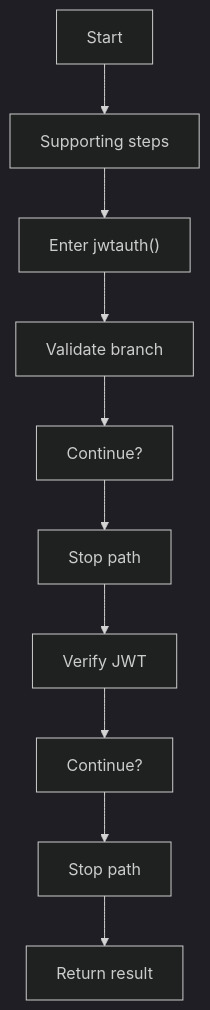
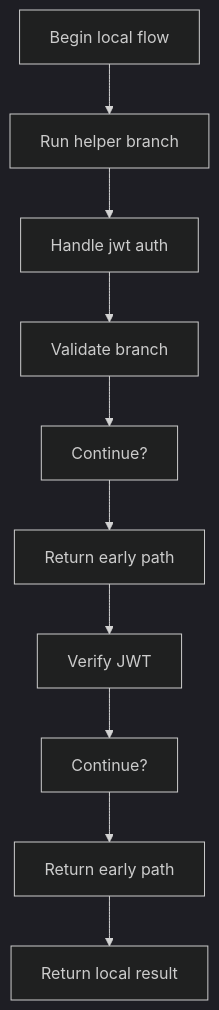
The first of 4 diagrams in docs/Codebase/Backend/src/middleware/jwtAuth.js.md (JohnAndrewBalbarosa/NeoTerritory), drawn with Mermaid (dark theme) before and after one commit. The commit also changed other lines of this file and 925 other files, not shown here.

````diff
--- a/docs/Codebase/Backend/src/middleware/jwtAuth.js.md
+++ b/docs/Codebase/Backend/src/middleware/jwtAuth.js.md
@@ -25,22 +24,22 @@
 ```mermaid
 flowchart TD
-    N0["Start"]
-    N1["Supporting steps"]
-    N2["Enter jwtauth()"]
+    N0["Begin local flow"]
+    N1["Run helper branch"]
+    N2["Handle jwt auth"]
     N3["Validate branch"]
     N4["Continue?"]
-    N5["Stop path"]
+    N5["Return early path"]
     N6["Verify JWT"]
     N7["Continue?"]
-    N8["Stop path"]
-    N9["Return result"]
+    N8["Return early path"]
+    N9["Return local result"]
     N0 --> N1
     N1 --> N2
     N2 --> N3
     N3 --> N4
     N4 --> N5
     N5 --> N6
     N6 --> N7
     N7 --> N8
     N8 --> N9
 ```
````
